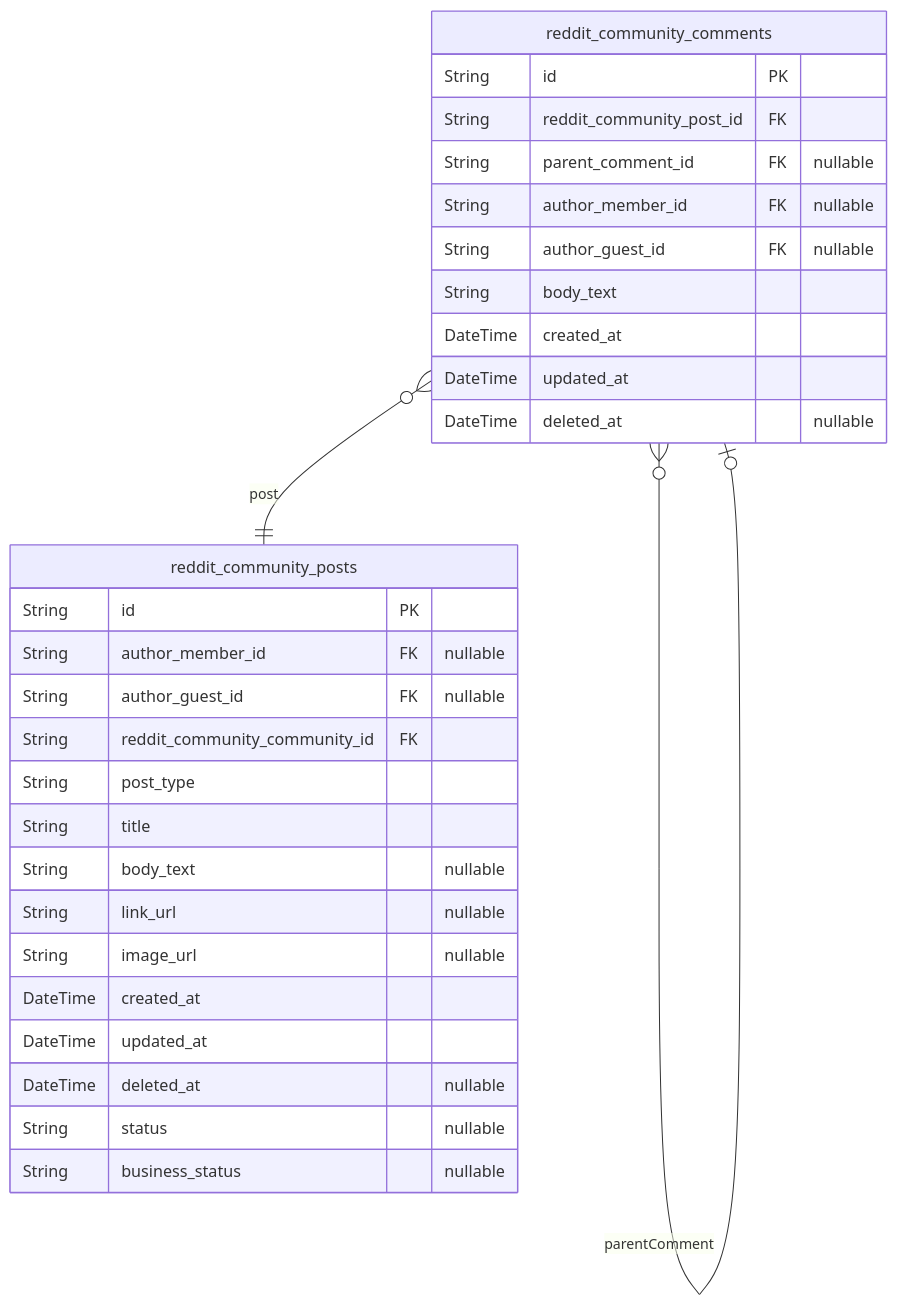
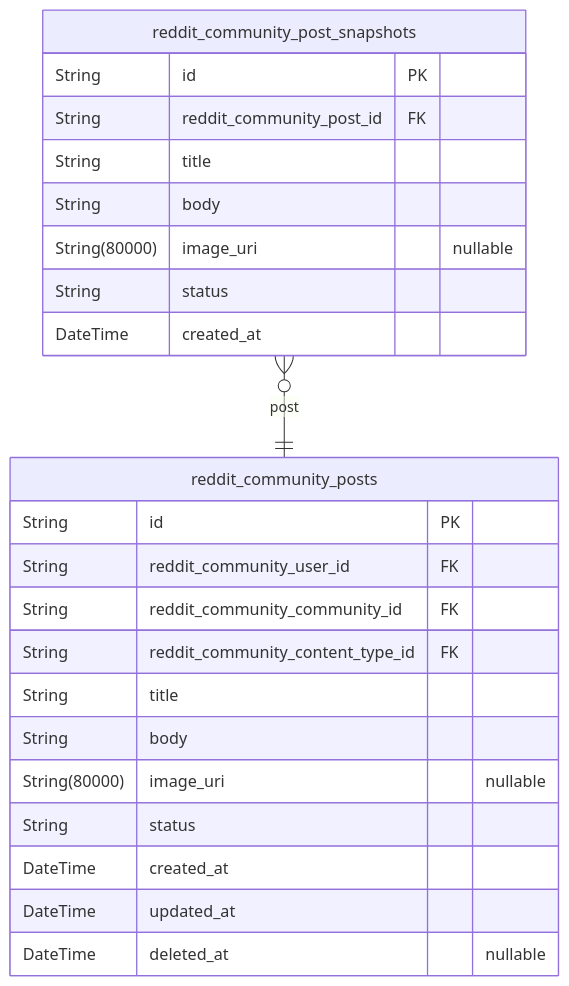
Before and after one commit to wrtnlabs/autobe-examples: the fourth of 8 diagrams in openai/gpt-4.1-mini/reddit/docs/ERD.md, drawn with Mermaid. The commit also changed other lines of this file and 16146 other files, not shown here.

````diff
--- a/openai/gpt-4.1-mini/reddit/docs/ERD.md
+++ b/openai/gpt-4.1-mini/reddit/docs/ERD.md
@@ -153,32 +345,26 @@
 ```mermaid
 erDiagram
 "reddit_community_posts" {
   String id PK
-  String author_member_id FK "nullable"
-  String author_guest_id FK "nullable"
+  String reddit_community_user_id FK
   String reddit_community_community_id FK
-  String post_type
+  String reddit_community_content_type_id FK
   String title
-  String body_text "nullable"
-  String link_url "nullable"
-  String image_url "nullable"
-  DateTime created_at
-  DateTime updated_at
-  DateTime deleted_at "nullable"
-  String status "nullable"
-  String business_status "nullable"
-}
-"reddit_community_comments" {
-  String id PK
-  String reddit_community_post_id FK
-  String parent_comment_id FK "nullable"
-  String author_member_id FK "nullable"
-  String author_guest_id FK "nullable"
-  String body_text
+  String body
+  String(80000) image_uri "nullable"
+  String status
   DateTime created_at
   DateTime updated_at
   DateTime deleted_at "nullable"
 }
-"reddit_community_comments" }o--|| "reddit_community_posts" : post
-"reddit_community_comments" }o--o| "reddit_community_comments" : parentComment
+"reddit_community_post_snapshots" {
+  String id PK
+  String reddit_community_post_id FK
+  String title
+  String body
+  String(80000) image_uri "nullable"
+  String status
+  DateTime created_at
+}
+"reddit_community_post_snapshots" }o--|| "reddit_community_posts" : post
 ```
````
